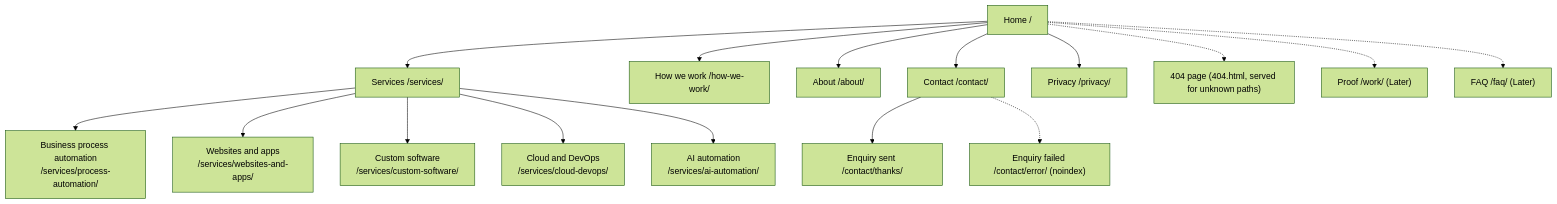
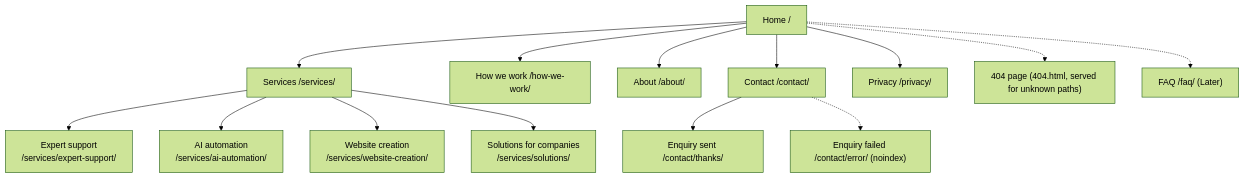
One commit to clockvane/website changed the diagram in docs/design/sitemap.md. Above: the diagram before and after it, drawn with Mermaid (forest theme). The commit also changed other lines of this file and 3 other files, not shown here.

````diff
--- a/docs/design/sitemap.md
+++ b/docs/design/sitemap.md
@@ -15,34 +13,30 @@
 ```mermaid
 flowchart TD
   H["Home /"]
   S["Services /services/"]
-  S1["Business process automation<br/>/services/process-automation/"]
-  S2["Websites and apps<br/>/services/websites-and-apps/"]
-  S3["Custom software<br/>/services/custom-software/"]
-  S4["Cloud and DevOps<br/>/services/cloud-devops/"]
-  S5["AI automation<br/>/services/ai-automation/"]
+  S1["Expert support<br/>/services/expert-support/"]
+  S2["AI automation<br/>/services/ai-automation/"]
+  S3["Website creation<br/>/services/website-creation/"]
+  S4["Solutions for companies<br/>/services/solutions/"]
   W["How we work /how-we-work/"]
   A["About /about/"]
   C["Contact /contact/"]
   C2["Enquiry sent /contact/thanks/"]
   P["Privacy /privacy/"]
   N["404 page (404.html, served for unknown paths)"]
   C3["Enquiry failed /contact/error/ (noindex)"]
-  PR["Proof /work/ (Later)"]
   F["FAQ /faq/ (Later)"]
   H --> S
   H --> W
   H --> A
   H --> C
   S --> S1
   S --> S2
   S --> S3
   S --> S4
-  S --> S5
   C --> C2
   C -.-> C3
   H --> P
-  H -.-> PR
   H -.-> F
   H -.-> N
 ```
````
